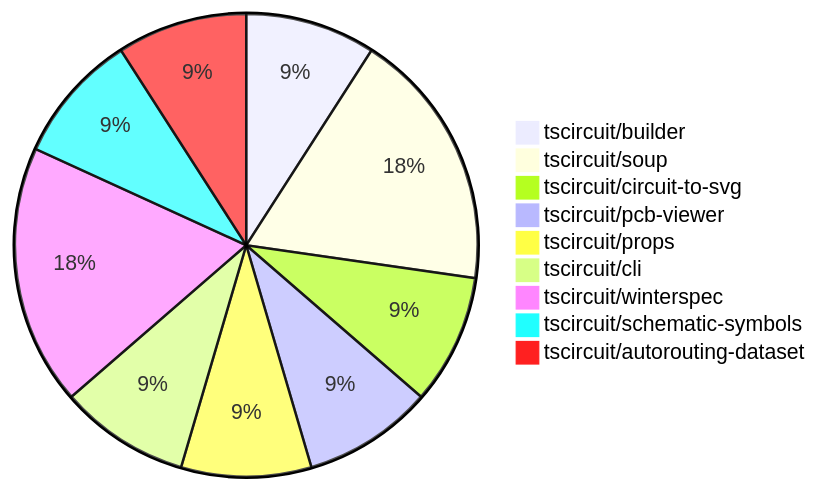
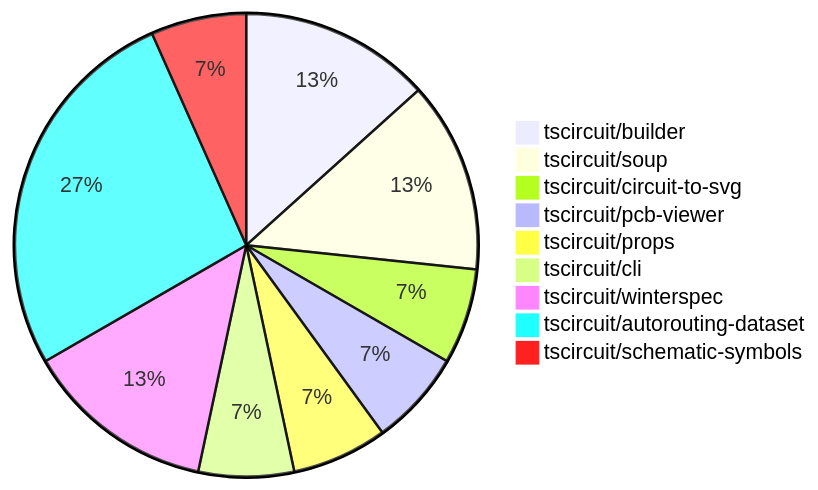
One commit to tscircuit/contribution-tracker changed the diagram in README.md. Above: the diagram before and after it, drawn with Mermaid. The commit also changed other lines of this file and 1 other file, not shown here.

````diff
--- a/README.md
+++ b/README.md
@@ -24,12 +24,12 @@
 ```mermaid
 pie
-    "tscircuit/builder" : 1
+    "tscircuit/builder" : 2
     "tscircuit/soup" : 2
     "tscircuit/circuit-to-svg" : 1
     "tscircuit/pcb-viewer" : 1
     "tscircuit/props" : 1
     "tscircuit/cli" : 1
     "tscircuit/winterspec" : 2
+    "tscircuit/autorouting-dataset" : 4
     "tscircuit/schematic-symbols" : 1
-    "tscircuit/autorouting-dataset" : 1
 ```
````
